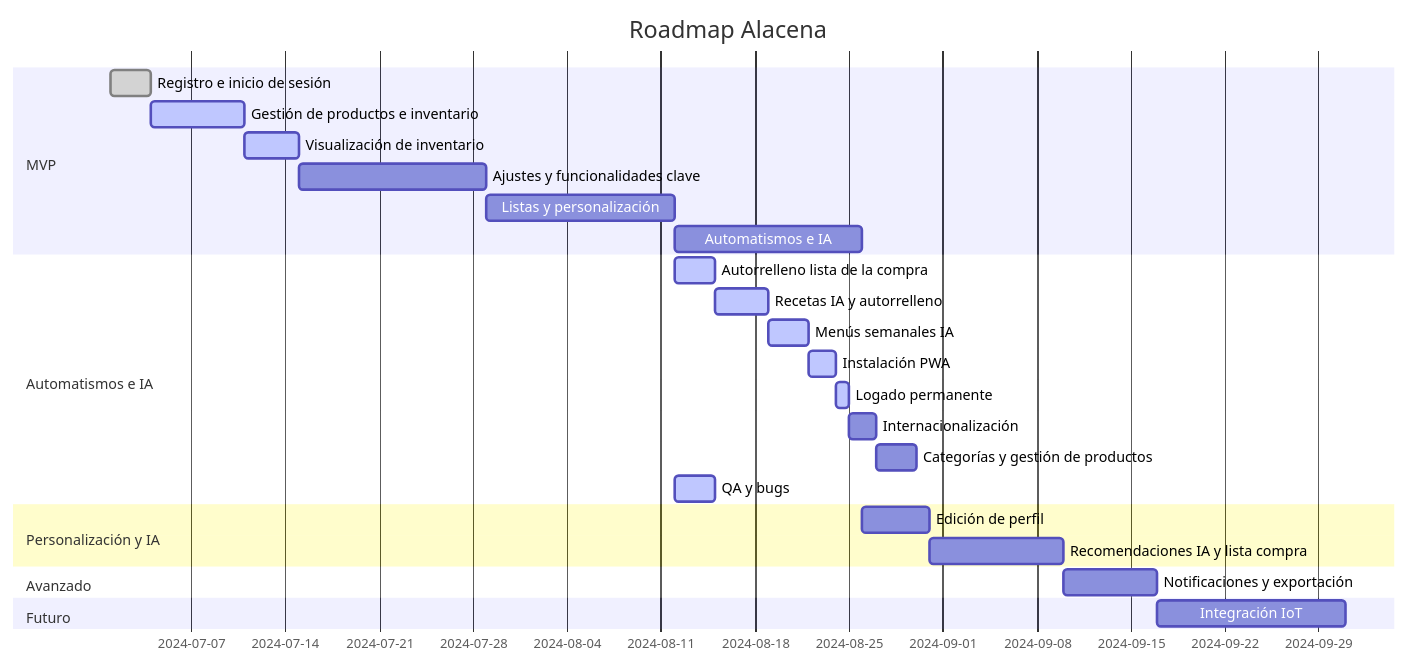
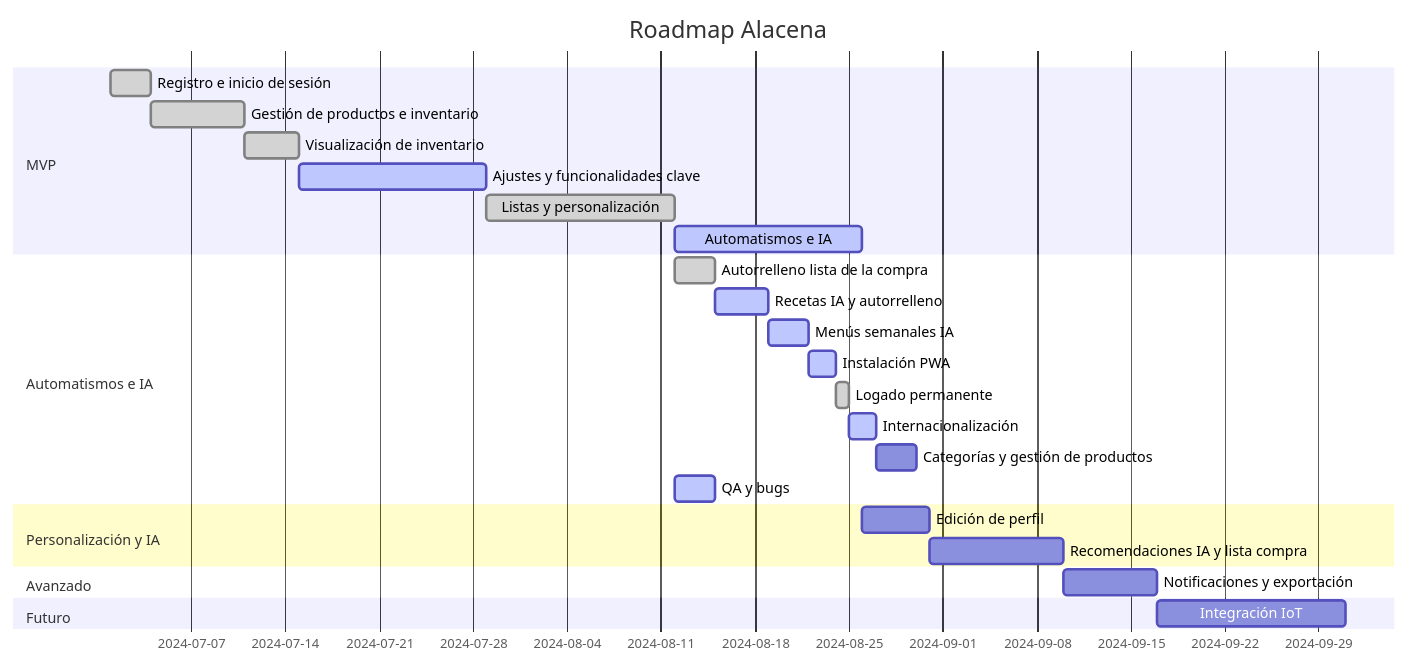
The diagram in refactor/analisis/PlanificacionReleasesRoadmap.md (DanielContrerasAladro/AI4Devs-finalproject), drawn with Mermaid before and after one commit. The commit also changed other lines of this file and 14 other files, not shown here.

````diff
--- a/refactor/analisis/PlanificacionReleasesRoadmap.md
+++ b/refactor/analisis/PlanificacionReleasesRoadmap.md
@@ -72,33 +81,33 @@
 ```mermaid
 gantt
     dateFormat  YYYY-MM-DD
     title       Roadmap Alacena
 
     section MVP
     Registro e inicio de sesión         :done,    r1, 2024-07-01, 3d
-    Gestión de productos e inventario   :active,  r2, 2024-07-04, 7d
-    Visualización de inventario         :active,  r3, 2024-07-11, 4d
-    Ajustes y funcionalidades clave     :         r4, 2024-07-15, 14d
-    Listas y personalización            :         r5, 2024-07-29, 14d
-    Automatismos e IA                   :         r6, 2024-08-12, 14d
+    Gestión de productos e inventario   :done,    r2, 2024-07-04, 7d
+    Visualización de inventario         :done,    r3, 2024-07-11, 4d
+    Ajustes y funcionalidades clave     :active,  r4, 2024-07-15, 14d
+    Listas y personalización            :done,    r5, 2024-07-29, 14d
+    Automatismos e IA                   :active,  r6, 2024-08-12, 14d
 
     section Automatismos e IA
-    Autorrelleno lista de la compra     :active,  r7, 2024-08-12, 3d
+    Autorrelleno lista de la compra     :done,    r7, 2024-08-12, 3d
     Recetas IA y autorrelleno           :active,  r8, 2024-08-15, 4d
     Menús semanales IA                  :active,  r9, 2024-08-19, 3d
     Instalación PWA                     :active,  r10, 2024-08-22, 2d
-    Logado permanente                   :active,  r11, 2024-08-24, 1d
-    Internacionalización                :         r12, 2024-08-25, 2d
+    Logado permanente                   :done,    r11, 2024-08-24, 1d
+    Internacionalización                :active,  r12, 2024-08-25, 2d
     Categorías y gestión de productos   :         r13, 2024-08-27, 3d
     QA y bugs                           :active,  r14, 2024-08-12, 3d
 
     section Personalización y IA
     Edición de perfil                   :         r15, 2024-08-26, 5d
     Recomendaciones IA y lista compra   :         r16, 2024-08-31, 10d
 
     section Avanzado
     Notificaciones y exportación        :         r17, 2024-09-10, 7d
 
     section Futuro
     Integración IoT                     :         r18, 2024-09-17, 14d
 ```
````
